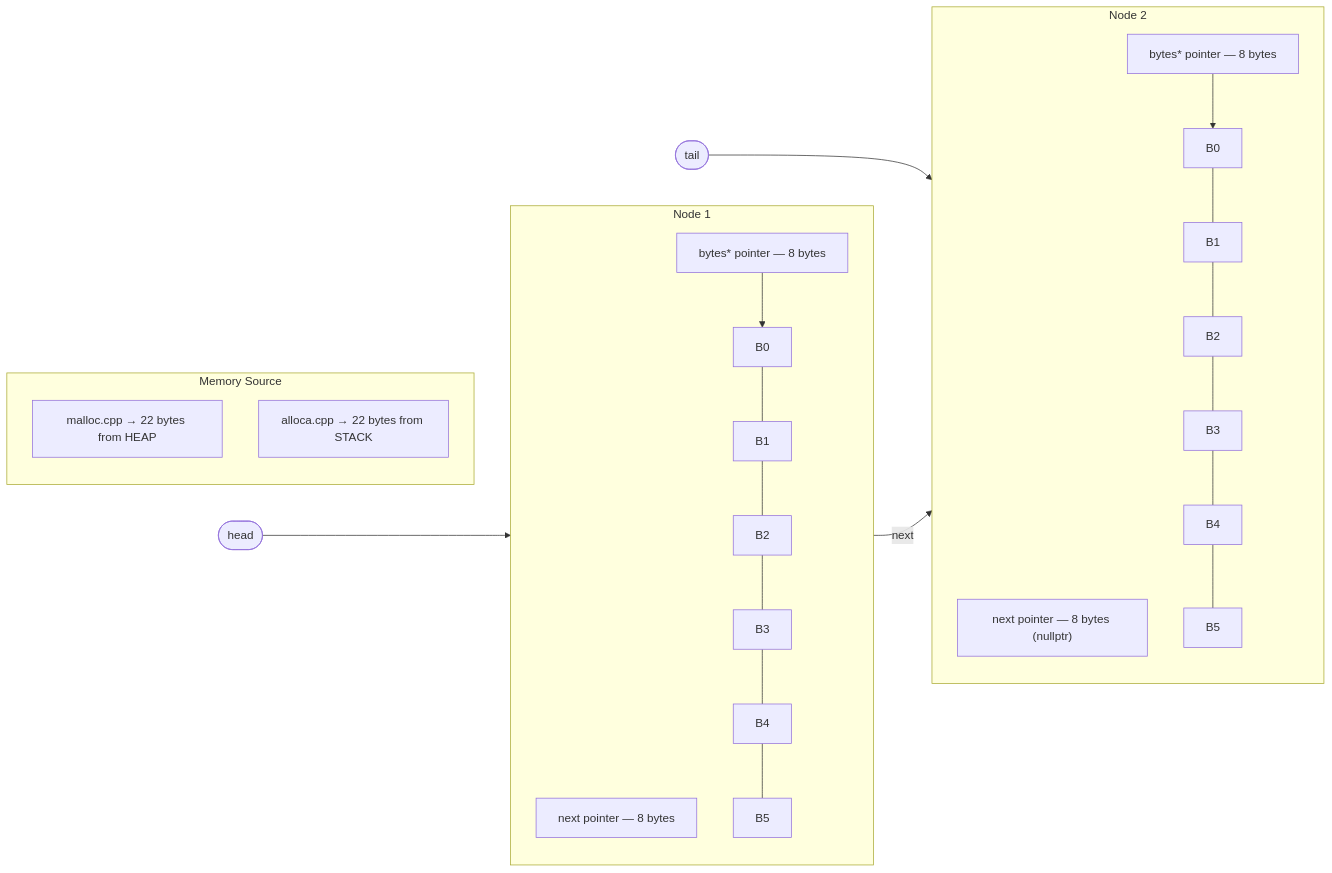
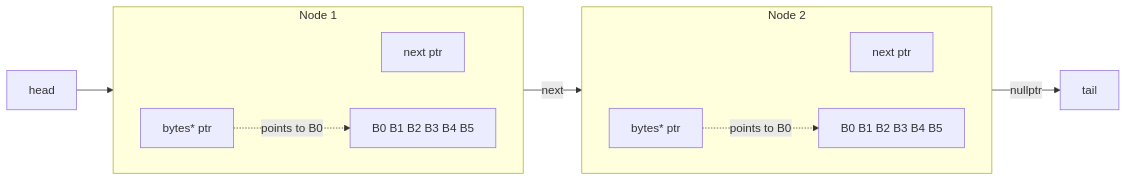
Before and after one commit to scotttennison/CS-351-Tennison: the diagram in README.md, drawn with Mermaid. The commit also changed other lines of this file, not shown here.

Commit message:
Finished

````diff
--- a/README.md
+++ b/README.md
@@ -21,40 +29,23 @@
 ```mermaid
 flowchart LR
-    head([head]) --> Node1
-    tail([tail]) --> Node2
+    head --> Node1
+   
+    Node2 -- "nullptr" --> tail
 
     subgraph Node1["Node 1"]
-        direction TB
-        N1_next["next pointer — 8 bytes"]
-        N1_bytes["bytes* pointer — 8 bytes"]
-        N1_B0["B0"]
-        N1_B1["B1"]
-        N1_B2["B2"]
-        N1_B3["B3"]
-        N1_B4["B4"]
-        N1_B5["B5"]
-        N1_bytes --> N1_B0
-        N1_B0 --- N1_B1 --- N1_B2 --- N1_B3 --- N1_B4 --- N1_B5
+        direction LR
+        A["next ptr"]
+        B["bytes* ptr"]
+        C["B0 B1 B2 B3 B4 B5"]
+        B -. "points to B0" .-> C
     end
 
     subgraph Node2["Node 2"]
-        direction TB
-        N2_next["next pointer — 8 bytes (nullptr)"]
-        N2_bytes["bytes* pointer — 8 bytes"]
-        N2_B0["B0"]
-        N2_B1["B1"]
-        N2_B2["B2"]
-        N2_B3["B3"]
-        N2_B4["B4"]
-        N2_B5["B5"]
-        N2_bytes --> N2_B0
-        N2_B0 --- N2_B1 --- N2_B2 --- N2_B3 --- N2_B4 --- N2_B5
+        direction LR
+        D["next ptr"]
+        E["bytes* ptr"]
+        F["B0 B1 B2 B3 B4 B5"]
+        E -. "points to B0" .-> F
     end
-
-    N1_next -- "next" --> Node2
-
-    subgraph mem["Memory Source"]
-        malloc["malloc.cpp → 22 bytes from HEAP"]
-        alloca["alloca.cpp → 22 bytes from STACK"]
-    end
+    A -- "next" --> D
 ```
````
